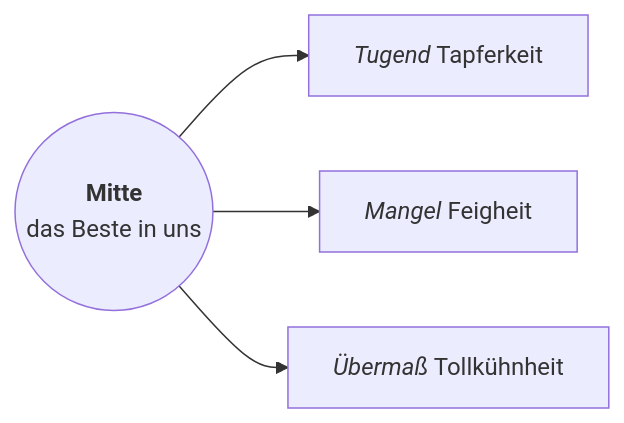
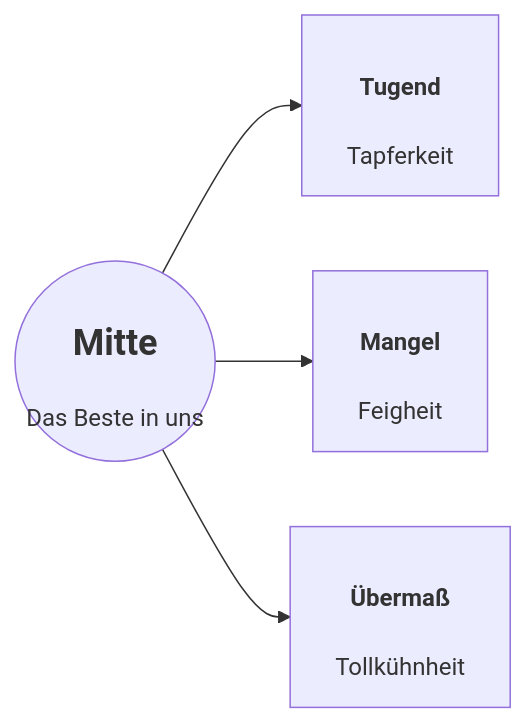
Before and after one commit to Kiyotoko/vault-sek2: the diagram in Abi 2024/Ethik/Memorize.md, drawn with Mermaid. The commit also changed 1 other file, not shown here.

Commit message:
vault backup: 2023-03-08 13:02:57

```diff
--- a/Abi 2024/Ethik/Memorize.md
+++ b/Abi 2024/Ethik/Memorize.md
@@ -188,7 +188,7 @@
 ~~~mermaid
 graph LR
-	Z((<b>Mitte</b><div>das Beste in uns</div>))
-	Z-->A[<i>Tugend</i> Tapferkeit]
-	Z-->B[<i>Mangel</i> Feigheit]
-	Z-->C[<i>Übermaß</i> Tollkühnheit]
+	Z((<h2>Mitte</h2>Das Beste in uns))
+	Z-->A[<h4>Tugend</h4>Tapferkeit]
+	Z-->B[<h4>Mangel</h4>Feigheit]
+	Z-->C[<h4>Übermaß</h4>Tollkühnheit]
 ~~~
```
